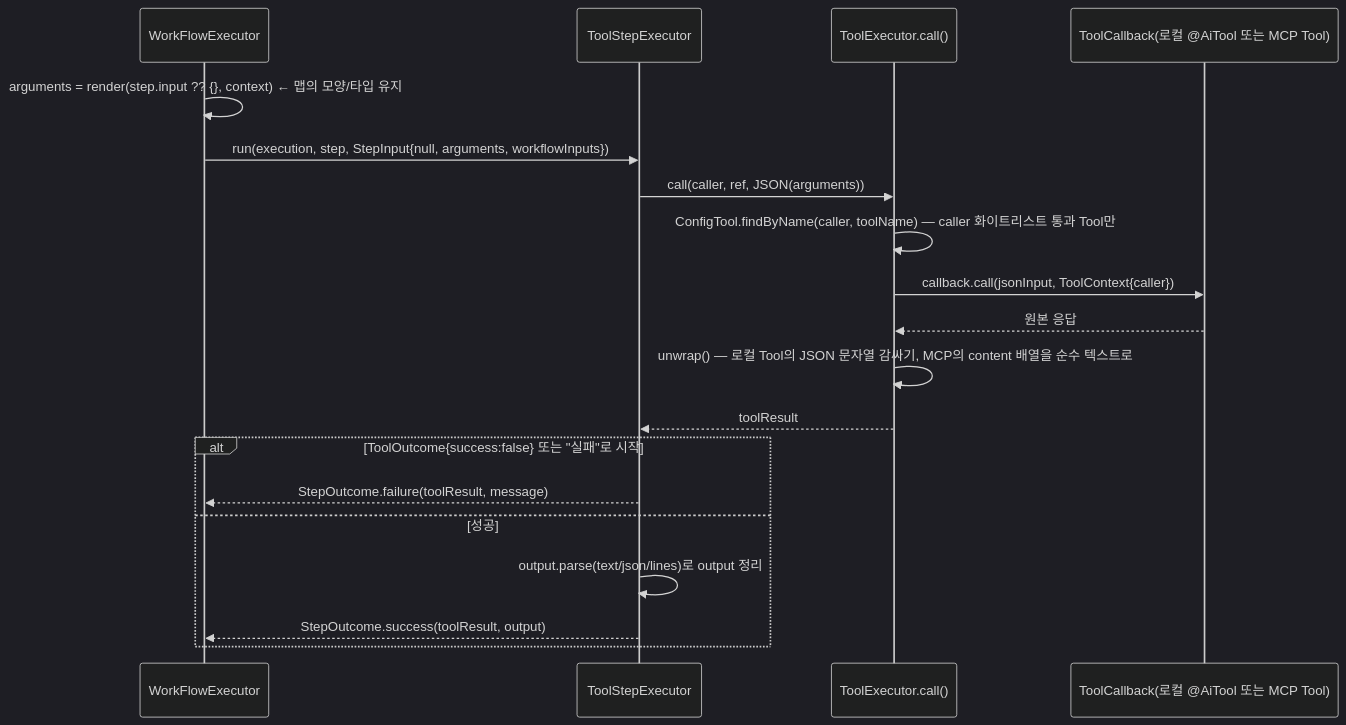
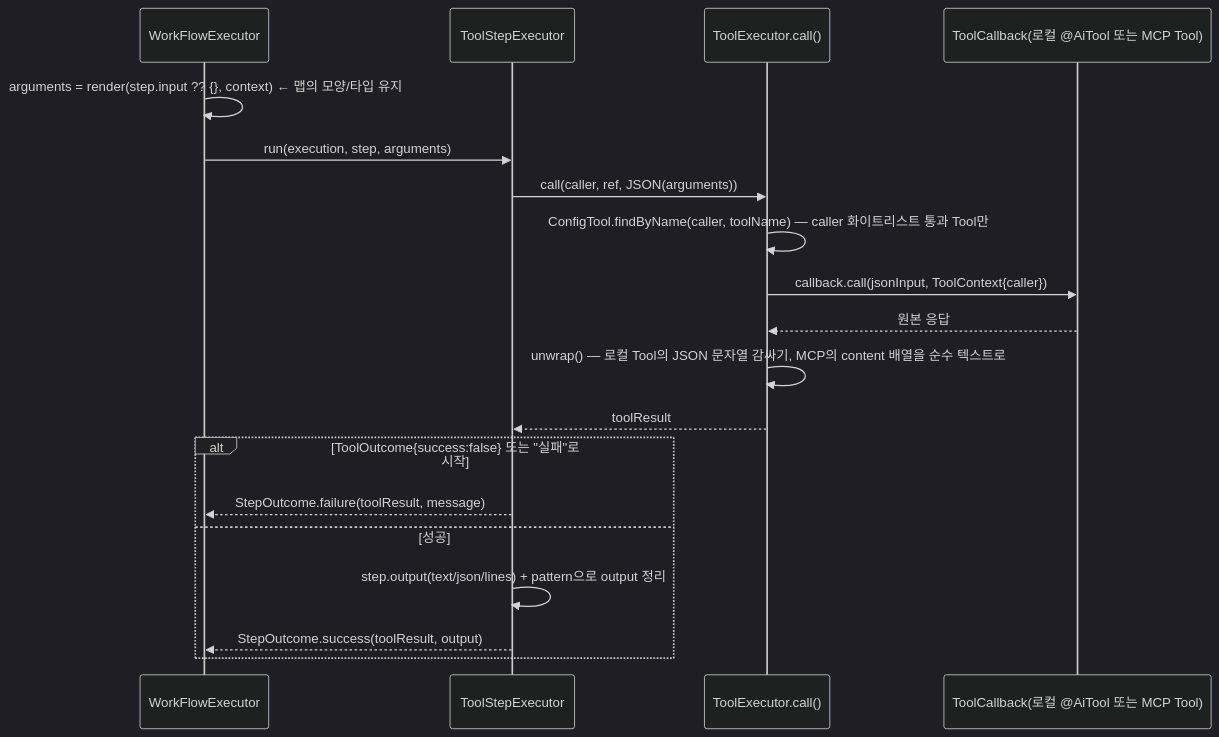
One commit to YongSoekChoeng/dstone changed the eighth of 10 diagrams in docs/09.dstone-ai-engine.md. Above: the diagram before and after it, drawn with Mermaid (dark theme). The commit also changed other lines of this file and 42 other files, not shown here.

````diff
--- a/docs/09.dstone-ai-engine.md
+++ b/docs/09.dstone-ai-engine.md
@@ -529,21 +551,21 @@
 ```mermaid
 sequenceDiagram
     participant WE as WorkFlowExecutor
     participant TSR as ToolStepExecutor
     participant TE as ToolExecutor.call()
     participant CB as ToolCallback(로컬 @AiTool 또는 MCP Tool)
     WE->>WE: arguments = render(step.input ?? {}, context)  ← 맵의 모양/타입 유지
-    WE->>TSR: run(execution, step, StepInput{null, arguments, workflowInputs})
+    WE->>TSR: run(execution, step, arguments)
     TSR->>TE: call(caller, ref, JSON(arguments))
     TE->>TE: ConfigTool.findByName(caller, toolName) — caller 화이트리스트 통과 Tool만
     TE->>CB: callback.call(jsonInput, ToolContext{caller})
     CB-->>TE: 원본 응답
     TE->>TE: unwrap() — 로컬 Tool의 JSON 문자열 감싸기, MCP의 content 배열을 순수 텍스트로
     TE-->>TSR: toolResult
     alt ToolOutcome{success:false} 또는 "실패"로 시작
         TSR-->>WE: StepOutcome.failure(toolResult, message)
     else 성공
-        TSR->>TSR: output.parse(text/json/lines)로 output 정리
+        TSR->>TSR: step.output(text/json/lines) + pattern으로 output 정리
         TSR-->>WE: StepOutcome.success(toolResult, output)
     end
 ```
````
